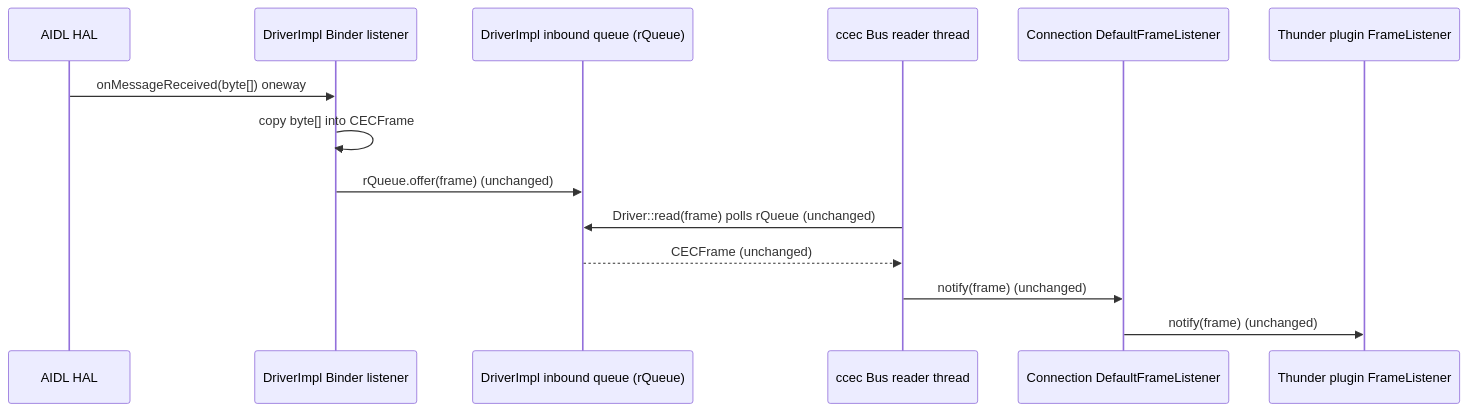
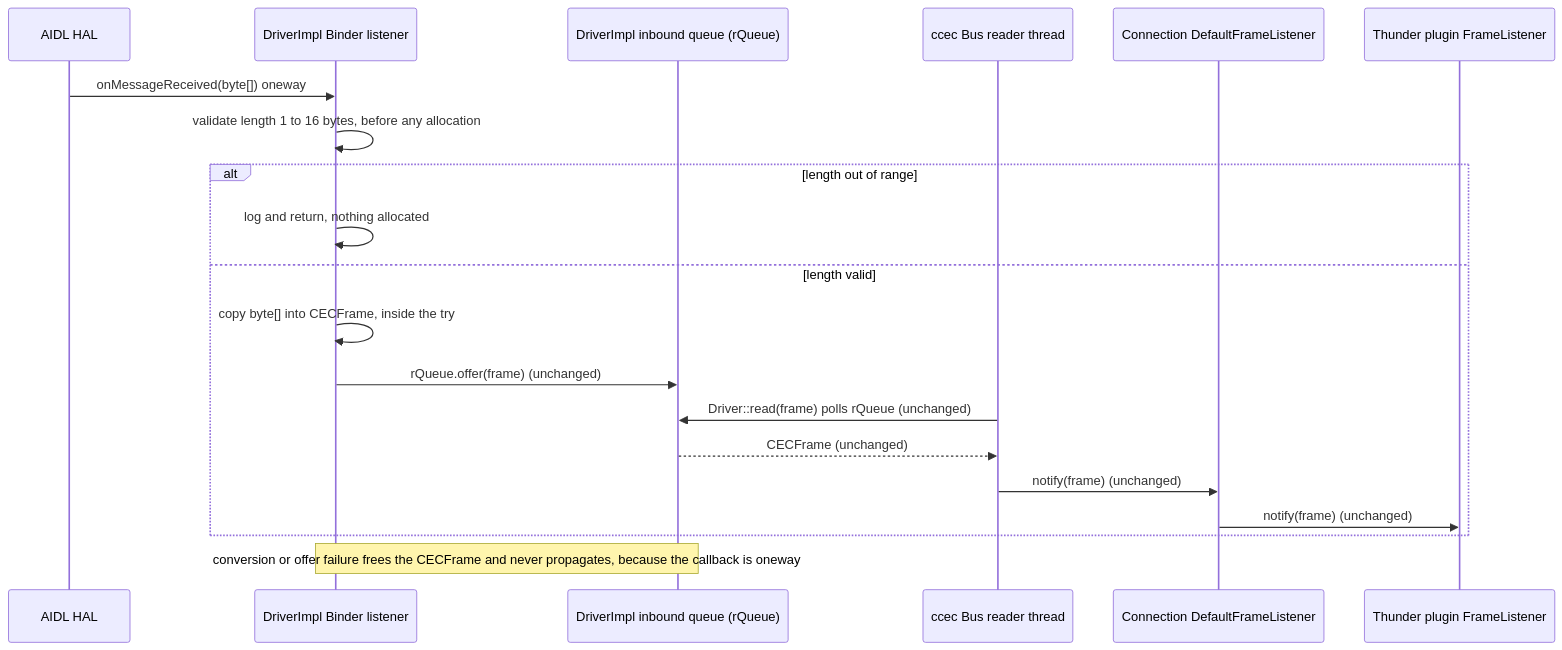
The third of 3 diagrams in hdmicec/current/docs/migration_mapping.md (Blitzy-Sky/rdk-halif-aidl), drawn with Mermaid before and after one commit. The commit also changed other lines of this file, not shown here.

````diff
--- a/hdmicec/current/docs/migration_mapping.md
+++ b/hdmicec/current/docs/migration_mapping.md
@@ -462,16 +477,22 @@
 ```mermaid
 sequenceDiagram
     participant HAL as AIDL HAL
     participant LS as DriverImpl Binder listener
     participant Q as DriverImpl inbound queue (rQueue)
     participant RD as ccec Bus reader thread
     participant CN as Connection DefaultFrameListener
     participant PL as Thunder plugin FrameListener
     HAL->>LS: onMessageReceived(byte[]) oneway
-    LS->>LS: copy byte[] into CECFrame
-    LS->>Q: rQueue.offer(frame) (unchanged)
-    RD->>Q: Driver::read(frame) polls rQueue (unchanged)
-    Q-->>RD: CECFrame (unchanged)
-    RD->>CN: notify(frame) (unchanged)
-    CN->>PL: notify(frame) (unchanged)
+    LS->>LS: validate length 1 to 16 bytes, before any allocation
+    alt length out of range
+        LS->>LS: log and return, nothing allocated
+    else length valid
+        LS->>LS: copy byte[] into CECFrame, inside the try
+        LS->>Q: rQueue.offer(frame) (unchanged)
+        RD->>Q: Driver::read(frame) polls rQueue (unchanged)
+        Q-->>RD: CECFrame (unchanged)
+        RD->>CN: notify(frame) (unchanged)
+        CN->>PL: notify(frame) (unchanged)
+    end
+    Note over LS,Q: conversion or offer failure frees the CECFrame and never propagates, because the callback is oneway
 ```
````
